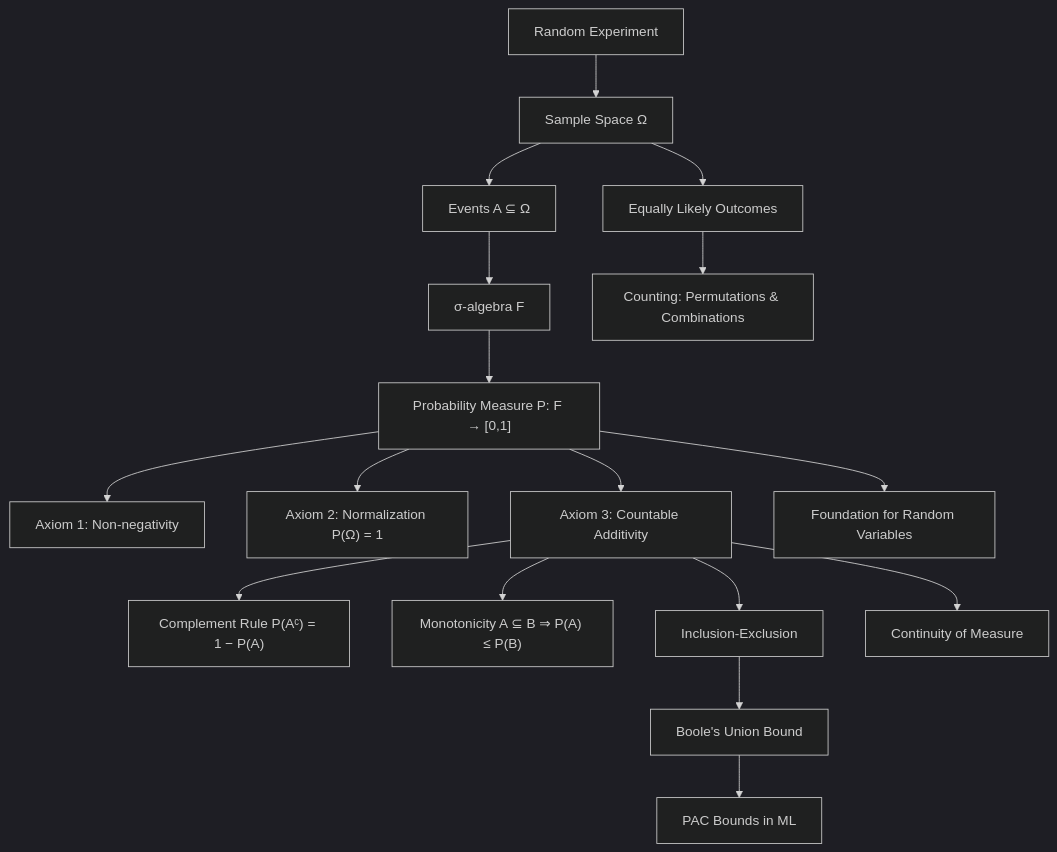
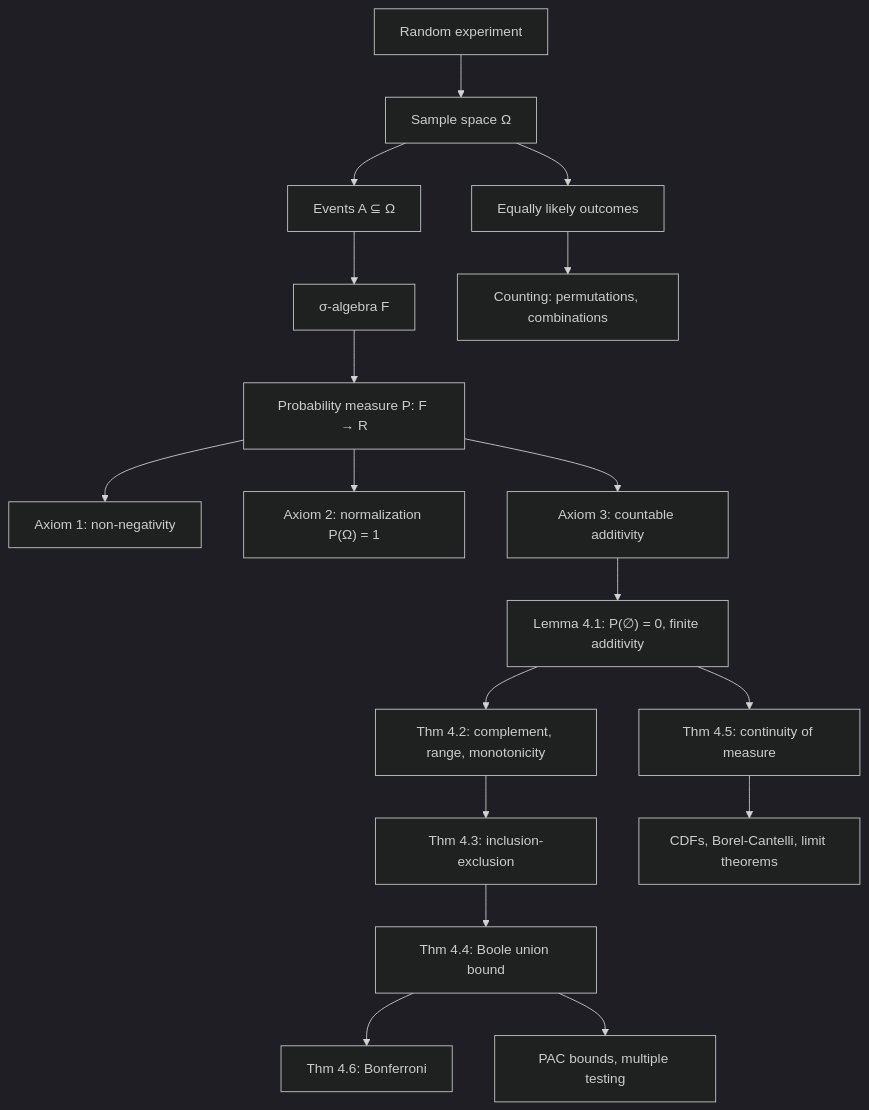
One commit to hien078/applied-mathematics-foundation changed the diagram in probability_statistics/01_sample_spaces_and_probability_axioms/README.md. Above: the diagram before and after it, drawn with Mermaid (dark theme). The commit also changed other lines of this file and 150 other files, not shown here.

````diff
--- a/probability_statistics/01_sample_spaces_and_probability_axioms/README.md
+++ b/probability_statistics/01_sample_spaces_and_probability_axioms/README.md
@@ -24,19 +33,20 @@
 ```mermaid
 graph TD
-    A["Random Experiment"] --> B["Sample Space Ω"]
+    A["Random experiment"] --> B["Sample space Ω"]
     B --> C["Events A ⊆ Ω"]
     C --> D["σ-algebra F"]
-    D --> E["Probability Measure P: F → [0,1]"]
-    E --> F["Axiom 1: Non-negativity"]
-    E --> G["Axiom 2: Normalization P(Ω) = 1"]
-    E --> H["Axiom 3: Countable Additivity"]
-    H --> I["Complement Rule P(Aᶜ) = 1 − P(A)"]
-    H --> J["Monotonicity A ⊆ B ⇒ P(A) ≤ P(B)"]
-    H --> K["Inclusion-Exclusion"]
-    K --> L["Boole's Union Bound"]
-    H --> M["Continuity of Measure"]
-    B --> N["Equally Likely Outcomes"]
-    N --> O["Counting: Permutations & Combinations"]
-    L --> P["PAC Bounds in ML"]
-    E --> Q["Foundation for Random Variables"]
+    D --> E["Probability measure P: F → R"]
+    E --> F["Axiom 1: non-negativity"]
+    E --> G["Axiom 2: normalization P(Ω) = 1"]
+    E --> H["Axiom 3: countable additivity"]
+    H --> I["Lemma 4.1: P(∅) = 0, finite additivity"]
+    I --> J["Thm 4.2: complement, range, monotonicity"]
+    J --> K["Thm 4.3: inclusion-exclusion"]
+    K --> L["Thm 4.4: Boole union bound"]
+    L --> M["Thm 4.6: Bonferroni"]
+    I --> N["Thm 4.5: continuity of measure"]
+    B --> O["Equally likely outcomes"]
+    O --> P["Counting: permutations, combinations"]
+    L --> Q["PAC bounds, multiple testing"]
+    N --> R["CDFs, Borel-Cantelli, limit theorems"]
 ```
````
